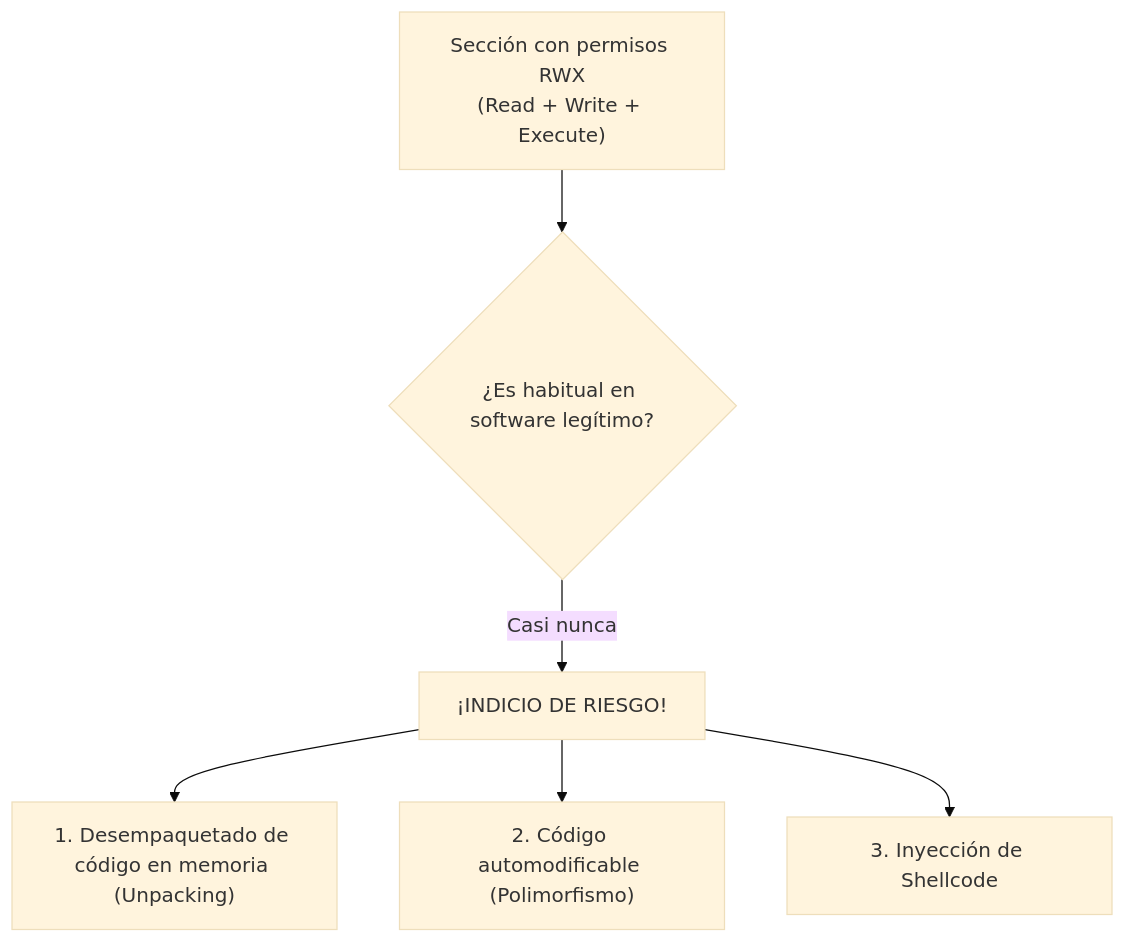
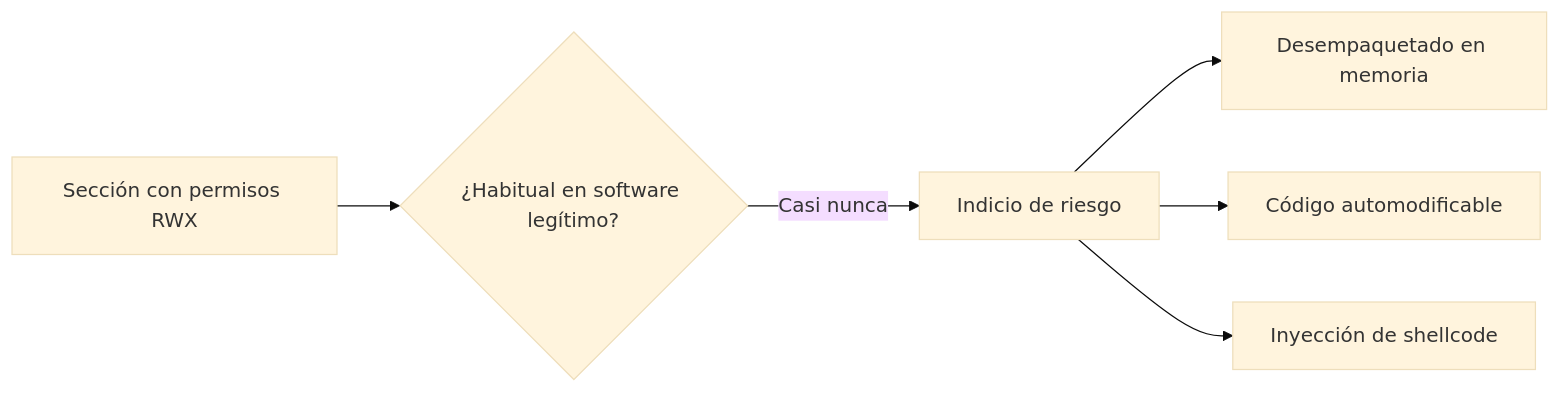
Before and after one commit to purpesec/Cybersecurity-For-Beginners: the fourth of 5 diagrams in malware-analysis/04-formato-pe-y-capacidades/README.md, drawn with Mermaid (base theme). The commit also changed other lines of this file and 18 other files, not shown here.

````diff
--- a/malware-analysis/04-formato-pe-y-capacidades/README.md
+++ b/malware-analysis/04-formato-pe-y-capacidades/README.md
@@ -109,8 +108,8 @@
 ```mermaid
-flowchart TD
-    A["Sección con permisos RWX\n(Read + Write + Execute)"] --> B{"¿Es habitual en software legítimo?"}
-    B -- "Casi nunca" --> C["¡INDICIO DE RIESGO!"]
-    C --> D["1. Desempaquetado de código en memoria (Unpacking)"]
-    C --> E["2. Código automodificable (Polimorfismo)"]
-    C --> F["3. Inyección de Shellcode"]
+flowchart LR
+    A["Sección con permisos RWX"] --> B{"¿Habitual en software legítimo?"}
+    B -- "Casi nunca" --> C["Indicio de riesgo"]
+    C --> D["Desempaquetado en memoria"]
+    C --> E["Código automodificable"]
+    C --> F["Inyección de shellcode"]
 ```
````
